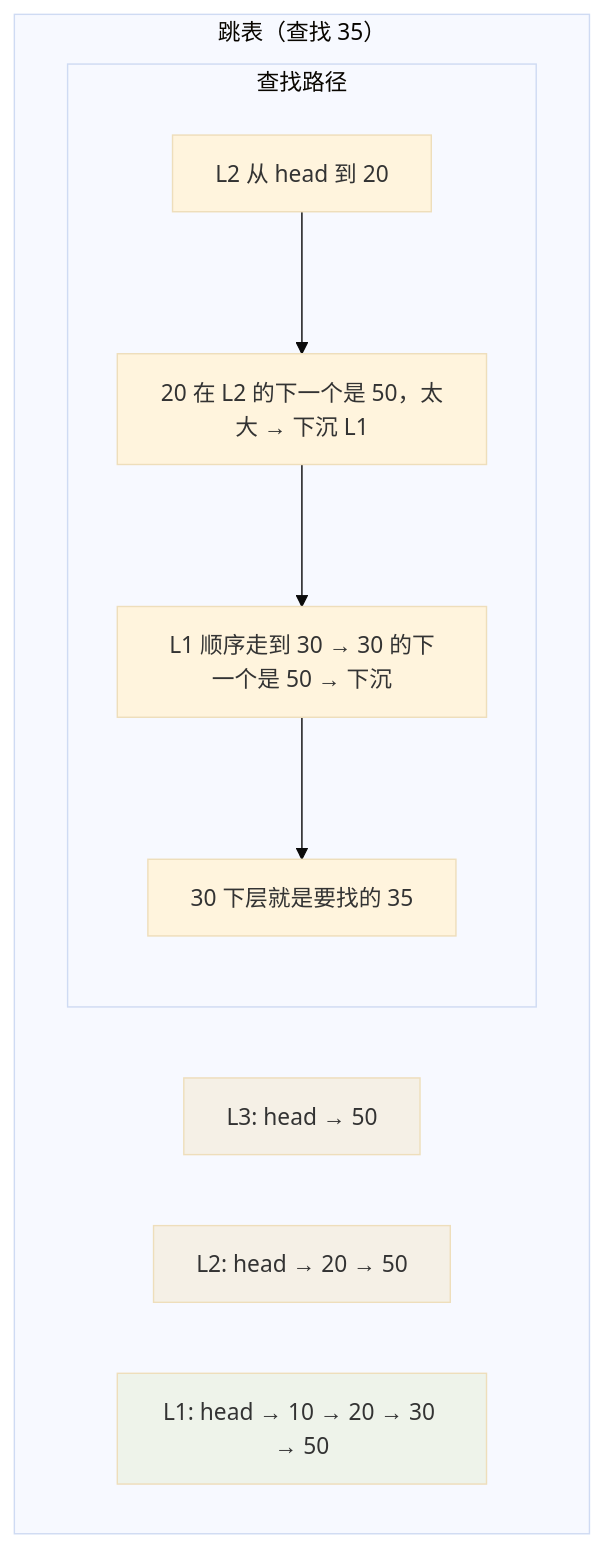
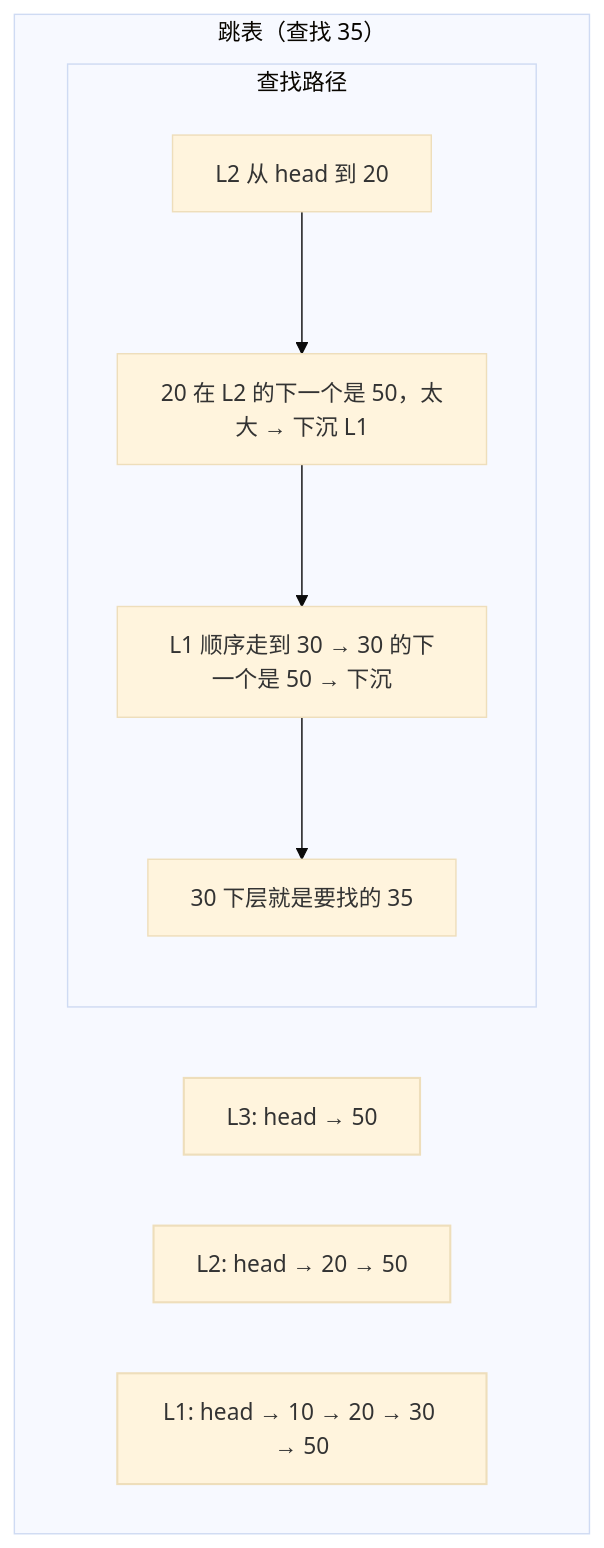
One commit to Loadhao/ascension changed the first of 2 diagrams in src/content/docs/redis/basic/core/01-data-structures.md. Above: the diagram before and after it, drawn with Mermaid (base theme). The commit also changed other lines of this file and 87 other files, not shown here.

First line of the commit message:
fix: 全站图表配色改由主题接管，修复暗色主题下浅底浅字看不清

````diff
--- a/src/content/docs/redis/basic/core/01-data-structures.md
+++ b/src/content/docs/redis/basic/core/01-data-structures.md
@@ -46,14 +46,14 @@
 ```mermaid
 flowchart LR
     subgraph SKIP["跳表（查找 35）"]
         direction LR
-        L3["L3: head → 50"]:::idx
-        L2["L2: head → 20 → 50"]:::idx
-        L1["L1: head → 10 → 20 → 30 → 50"]:::data
+        L3["L3: head → 50"]:::hl
+        L2["L2: head → 20 → 50"]:::hl
+        L1["L1: head → 10 → 20 → 30 → 50"]:::good
         subgraph PATH["查找路径"]
             P1["L2 从 head 到 20"] --> P2["20 在 L2 的下一个是 50，太大 → 下沉 L1"] --> P3["L1 顺序走到 30 → 30 的下一个是 50 → 下沉"] --> P4["30 下层就是要找的 35"]
         end
     end
-    classDef idx fill:#f5f0e6
-    classDef data fill:#eef3ea
+    classDef hl stroke-width:1.5px
+    classDef good stroke-width:1.5px
 ```
````
